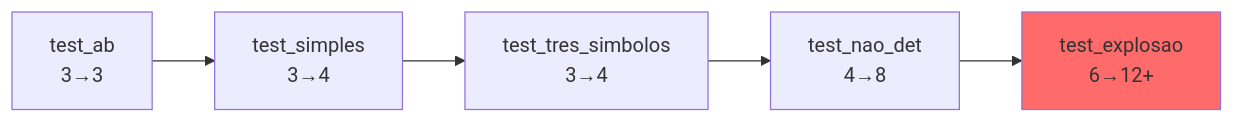
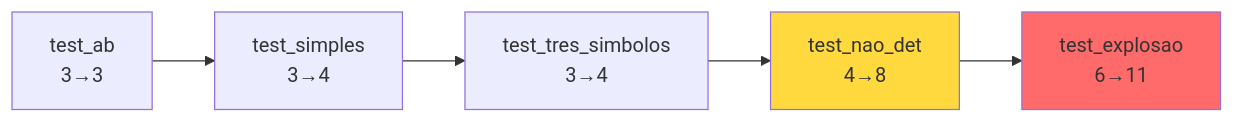
The diagram in docs/testes.md (peudias/json2fsm), drawn with Mermaid before and after one commit. The commit also changed other lines of this file and 24 other files, not shown here.

````diff
--- a/docs/testes.md
+++ b/docs/testes.md
@@ -340,8 +464,9 @@
 ```mermaid
 graph LR
     A[test_ab<br/>3→3] --> B[test_simples<br/>3→4]
     B --> C[test_tres_simbolos<br/>3→4]
     C --> D[test_nao_det<br/>4→8]
-    D --> E[test_explosao<br/>6→12+]
+    D --> E[test_explosao<br/>6→11]
     style E fill:#ff6b6b
+    style D fill:#ffd93d
 ```
````
